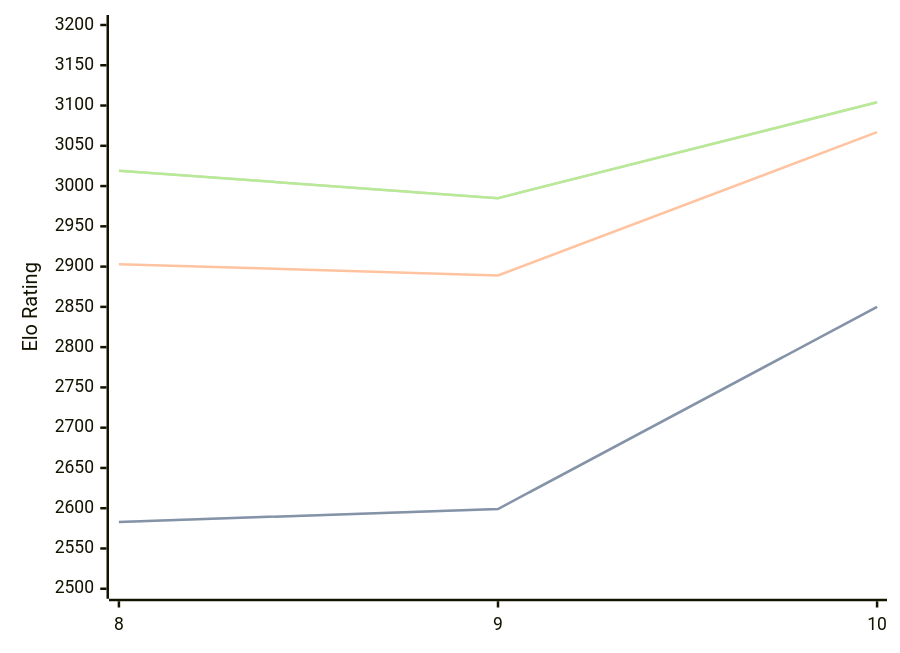
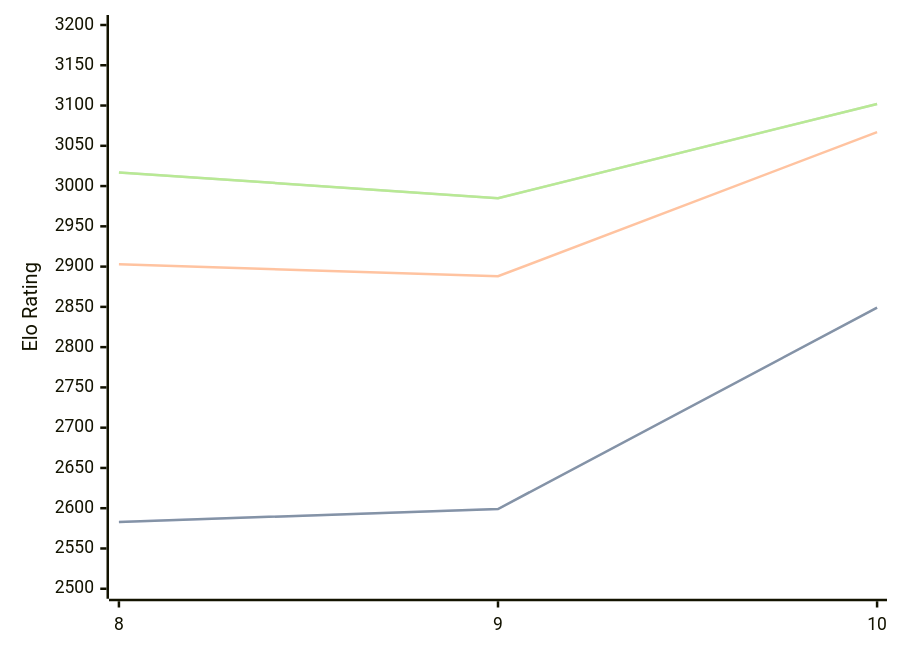
The third of 3 diagrams in engines/Lozza.md (computer-chess-index/cci), drawn with Mermaid before and after one commit. The commit also changed other lines of this file, not shown here.

Commit message:
Update CCI Ratings (ELO VLTC) - 2026-06-19

````diff
--- a/engines/Lozza.md
+++ b/engines/Lozza.md
@@ -74,11 +74,11 @@
 ```mermaid
 %%{init: {"theme":"base","themeVariables":{"seriesColors:['#a3a3a3','#222221','#faa371']}}}%%
 xychart-beta
   x-axis ["8", "9", "10"]
   y-axis "Elo Rating" 2500 --> 3200
-  line "STC (8.0+0.08s)" [2583, 2599, 2850]
-  line "STC (8.0+0.08s)" [2583, 2599, 2850]
-  line "LTC (60.0+0.60s)" [2903, 2889, 3067]
-  line "VLTC (2m24s+1.12s)" [3019, 2985, 3104]
-  line "VLTC (2m24s+1.12s)" [3019, 2985, 3104]
+  line "STC (8.0+0.08s)" [2583, 2599, 2849]
+  line "STC (8.0+0.08s)" [2583, 2599, 2849]
+  line "LTC (60.0+0.60s)" [2903, 2888, 3067]
+  line "VLTC (2m24s+1.12s)" [3017, 2985, 3102]
+  line "VLTC (2m24s+1.12s)" [3017, 2985, 3102]
 ```
````
